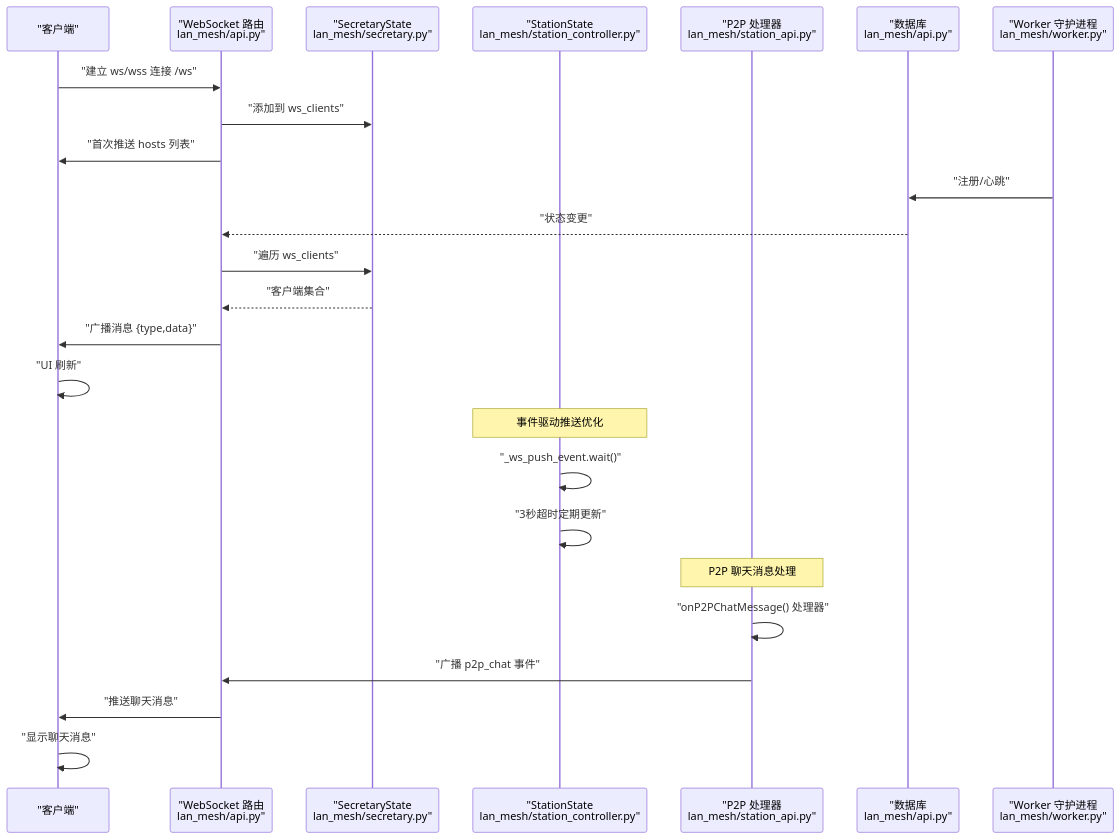
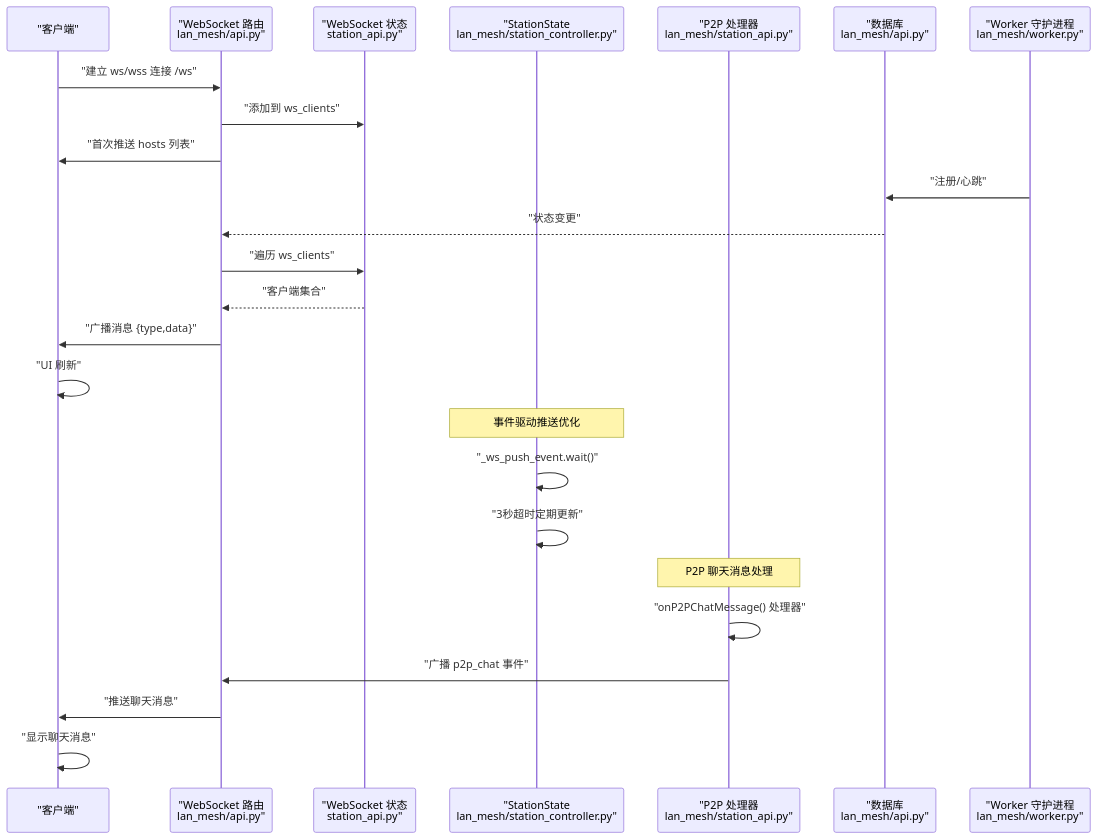
Before and after one commit to targalian/Personal-distributed-workstation: the second of 4 diagrams in .qoder/repowiki/zh/content/WebSocket 实时通信.md, drawn with Mermaid. The commit also changed other lines of this file and 63 other files, not shown here.

Commit message:
docs(station): 同步 repo wiki 至 station_controller/station_api 架构

````diff
--- a/.qoder/repowiki/zh/content/WebSocket 实时通信.md
+++ b/.qoder/repowiki/zh/content/WebSocket 实时通信.md
@@ -125,27 +125,27 @@
 ```mermaid
 sequenceDiagram
 participant Client as "客户端"
 participant WS as "WebSocket 路由<br/>lan_mesh/api.py"
-participant State as "SecretaryState<br/>lan_mesh/secretary.py"
+participant State as "WebSocket 状态<br/>station_api.py"
 participant StationState as "StationState<br/>lan_mesh/station_controller.py"
 participant P2PHandler as "P2P 处理器<br/>lan_mesh/station_api.py"
 participant DB as "数据库<br/>lan_mesh/api.py"
 participant Worker as "Worker 守护进程<br/>lan_mesh/worker.py"
 Client->>WS : "建立 ws/wss 连接 /ws"
 WS->>State : "添加到 ws_clients"
 WS->>Client : "首次推送 hosts 列表"
 Worker->>DB : "注册/心跳"
 DB-->>WS : "状态变更"
 WS->>State : "遍历 ws_clients"
 State-->>WS : "客户端集合"
 WS->>Client : "广播消息 {type,data}"
 Client->>Client : "UI 刷新"
 Note over StationState : 事件驱动推送优化
 StationState->>StationState : "_ws_push_event.wait()"
 StationState->>StationState : "3秒超时定期更新"
 Note over P2PHandler : P2P 聊天消息处理
 P2PHandler->>P2PHandler : "onP2PChatMessage() 处理器"
 P2PHandler->>WS : "广播 p2p_chat 事件"
 WS->>Client : "推送聊天消息"
 Client->>Client : "显示聊天消息"
 ```
````
